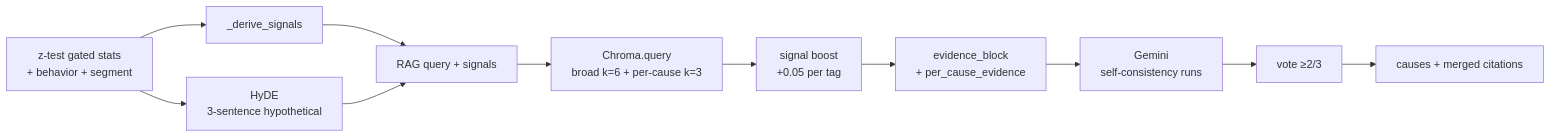
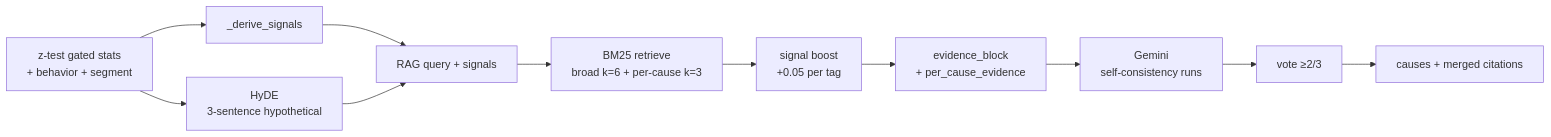
One commit to ManasSaxena14/Churnly changed the second of 3 diagrams in README.md. Above: the diagram before and after it, drawn with Mermaid. The commit also changed other lines of this file and 7 other files, not shown here.

````diff
--- a/README.md
+++ b/README.md
@@ -225,13 +225,13 @@
 ```mermaid
 flowchart LR
     S[z-test gated stats<br/>+ behavior + segment] --> D[_derive_signals]
     S --> H[HyDE<br/>3-sentence hypothetical]
     D --> Q[RAG query + signals]
     H --> Q
-    Q --> R[Chroma.query<br/>broad k=6 + per-cause k=3]
+    Q --> R[BM25 retrieve<br/>broad k=6 + per-cause k=3]
     R --> B[signal boost<br/>+0.05 per tag]
     B --> E[evidence_block<br/>+ per_cause_evidence]
     E --> L[Gemini<br/>self-consistency runs]
     L --> V[vote ≥2/3]
     V --> C[causes + merged citations]
 ```
````
